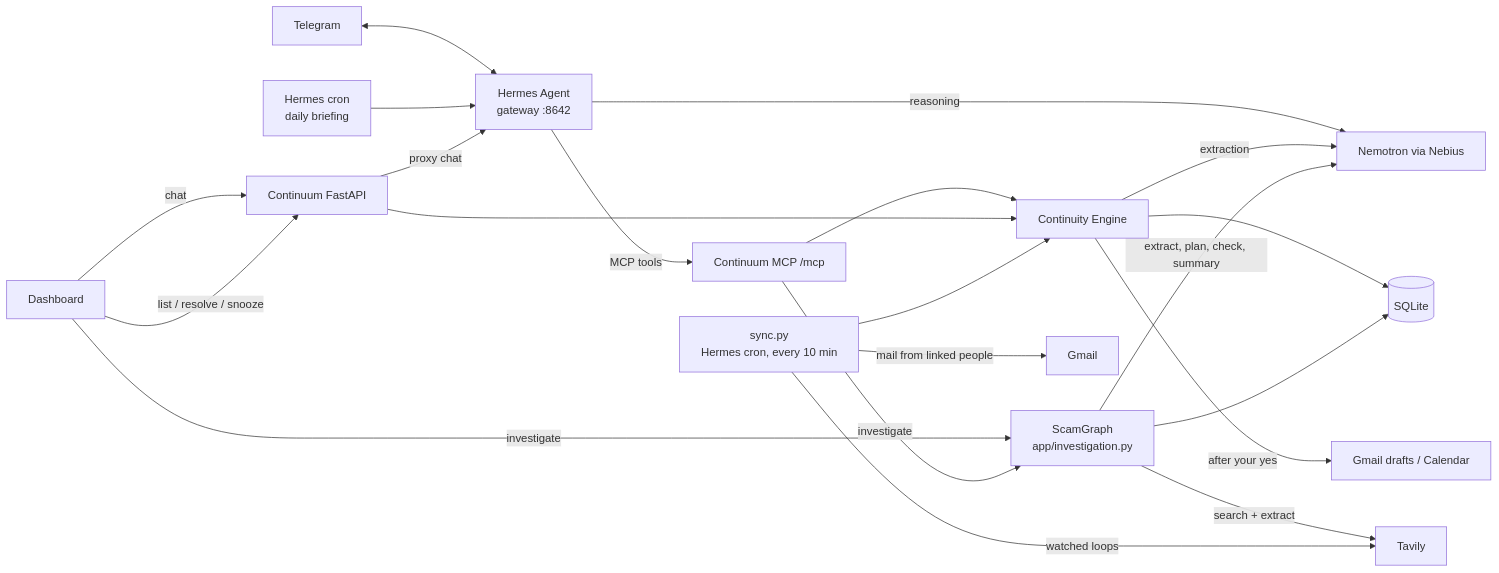
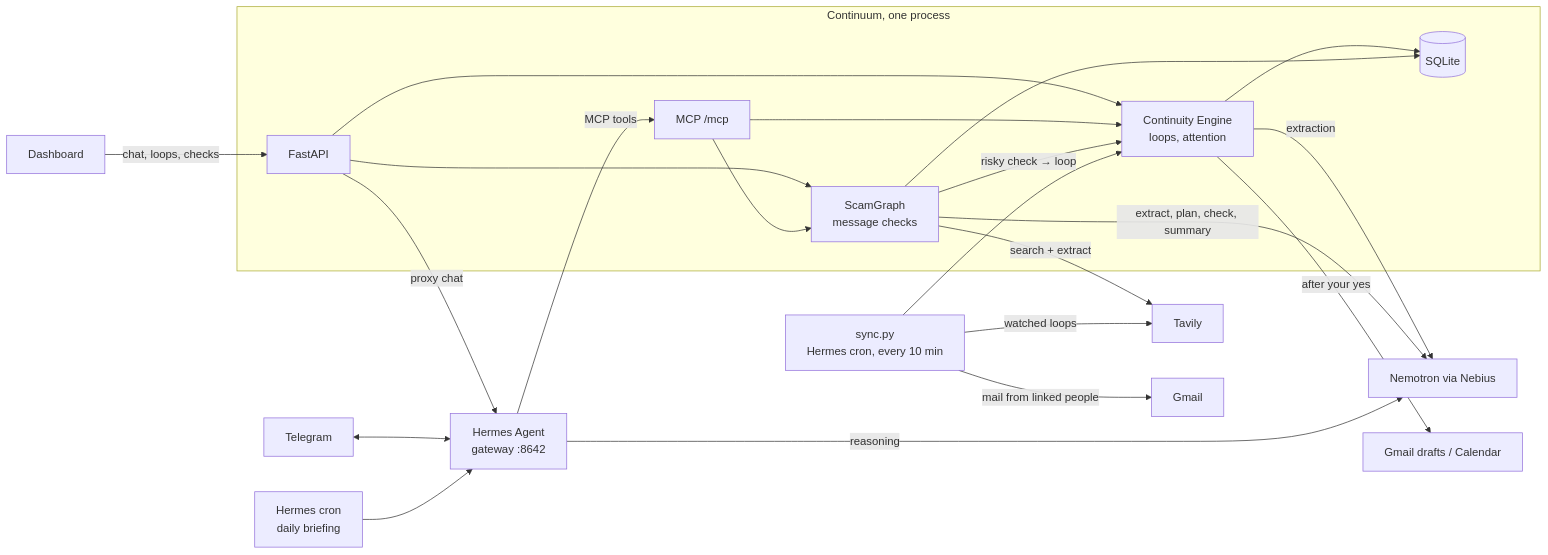
One commit to ADAMAMZAR/rickrolled_nebiusxtavily changed the diagram in README.md. Above: the diagram before and after it, drawn with Mermaid. The commit also changed other lines of this file and 15 other files, not shown here.

First line of the commit message:
Personal AI plan P0+P1: risky checks become loops, loops can be checked

````diff
--- a/README.md
+++ b/README.md
@@ -46,23 +96,30 @@
 ```mermaid
 flowchart LR
-    UI[Dashboard] -->|chat| API[Continuum FastAPI]
-    UI -->|list / resolve / snooze| API
+    subgraph C[Continuum, one process]
+        API[FastAPI]
+        MCP[MCP /mcp]
+        E[Continuity Engine<br/>loops, attention]
+        I[ScamGraph<br/>message checks]
+        DB[(SQLite)]
+        API --> E
+        API --> I
+        MCP --> E
+        MCP --> I
+        I -->|risky check → loop| E
+        E --> DB
+        I --> DB
+    end
+    UI[Dashboard] -->|chat, loops, checks| API
     TG[Telegram] <--> H
     CRON[Hermes cron<br/>daily briefing] --> H
     API -->|proxy chat| H[Hermes Agent<br/>gateway :8642]
     H -->|reasoning| N[Nemotron via Nebius]
-    H -->|MCP tools| MCP[Continuum MCP /mcp]
-    MCP --> E[Continuity Engine]
-    API --> E
+    H -->|MCP tools| MCP
     E -->|extraction| N
-    E --> DB[(SQLite)]
-    UI -->|investigate| I[ScamGraph<br/>app/investigation.py]
-    MCP -->|investigate| I
     I -->|extract, plan, check, summary| N
     I -->|search + extract| T[Tavily]
-    I --> DB
     SYNC[sync.py<br/>Hermes cron, every 10 min] --> E
     SYNC -->|mail from linked people| GM[Gmail]
     SYNC -->|watched loops| T
     E -->|after your yes| GA[Gmail drafts / Calendar]
 ```
````
